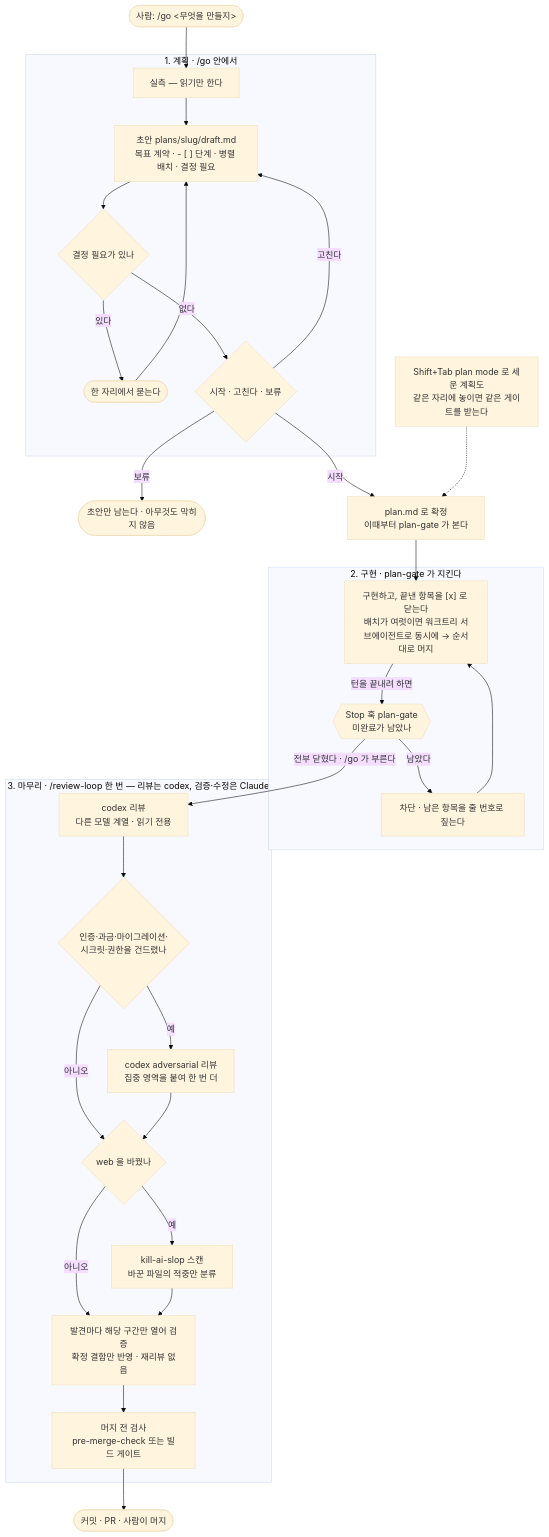
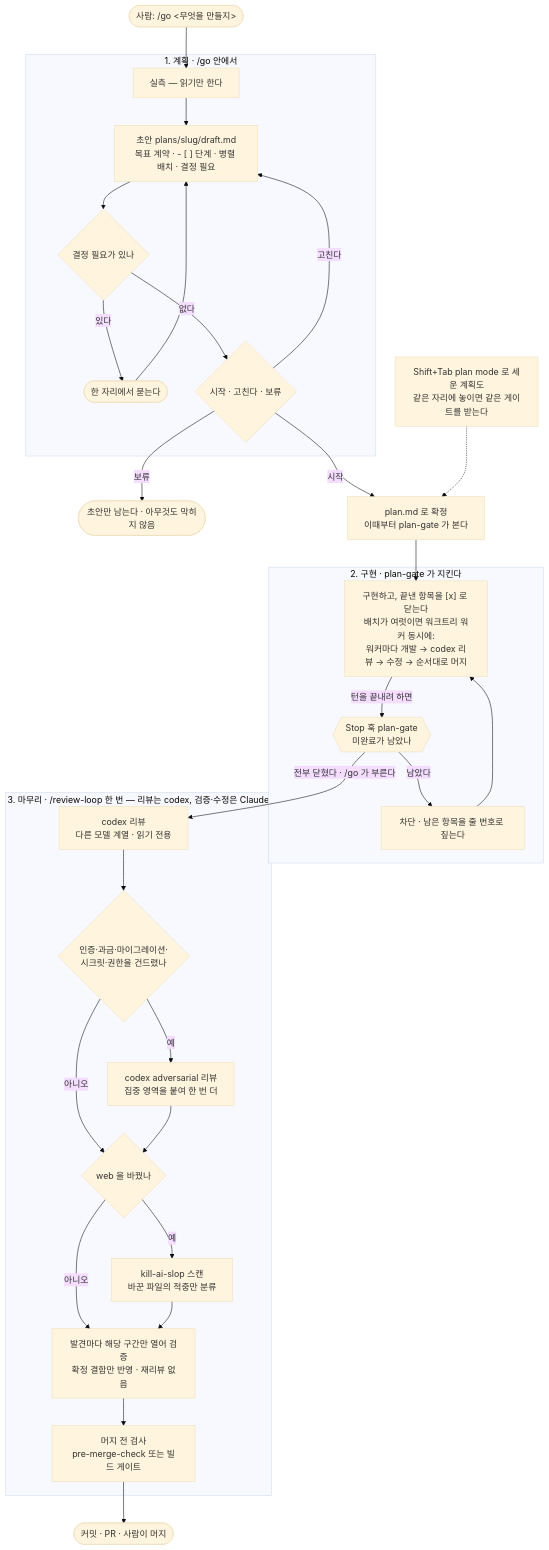
One commit to jwjinn/go-skill changed the first of 3 diagrams in README.md. Above: the diagram before and after it, drawn with Mermaid (base theme). The commit also changed other lines of this file and 1 other file, not shown here.

Commit message:
feat(go): 병렬 워커 안에서 「개발 → codex 리뷰 → 수정」을 한 번 돈다 — 합본 리뷰는 그대로 1회 (#6)
사용자(2026-10-11): 「그 병렬의 흐름속에서 코드 개발 -> codex 리뷰 -> 리뷰 수정 과정이 있으면 좋겠어서
하는 거였거든」. 직전 판은 워커가 구현만 하고 리뷰를 합본에서 한 번만 돌렸다 — 옛 fanout 의 모양(워커마다 1회 +
합본 1회)으로 되돌린다.

- 워커 프롬프트: 구현·검증·커밋 뒤 `Skill review-loop --no-pr --base <시작 커밋>` 을 자기 워크트리에서 돌리고
  (codex 리뷰 → 짚인 자리만 확인 → 수정 → 재커밋 · 재리뷰 없음), 보고에 codex 발견 수와 반영·보류를 적는다.
- 코디네이터: 머지 → 합본 게이트 → 합본 /review-loop 1회(배치 사이의 상호작용은 워커 리뷰가 못 본다).
  최종 보고 3절에 워커별 리뷰 결과를 한 줄씩.
- README 표·흐름도 갱신. E2E 는 PR 본문에.

````diff
--- a/README.md
+++ b/README.md
@@ -19,37 +19,37 @@
 ```mermaid
 flowchart TD
     U(["사람: /go <무엇을 만들지>"]) --> PM
 
     subgraph S1["1. 계획 · /go 안에서"]
         PM["실측 — 읽기만 한다"] --> PF["초안 plans/slug/draft.md<br/>목표 계약 · - [ ] 단계 · 병렬 배치 · 결정 필요"]
         PF --> DQ{"결정 필요가 있나"}
         DQ -->|"있다"| ASK(["한 자리에서 묻는다"]) --> PF
         DQ -->|"없다"| OK{"시작 · 고친다 · 보류"}
         OK -->|"고친다"| PF
     end
 
     OK -->|"보류"| HOLD(["초안만 남는다 · 아무것도 막히지 않음"])
     OK -->|"시작"| CONF["plan.md 로 확정<br/>이때부터 plan-gate 가 본다"] --> IM
     G["Shift+Tab plan mode 로 세운 계획도<br/>같은 자리에 놓이면 같은 게이트를 받는다"] -.-> CONF
 
     subgraph S2["2. 구현 · plan-gate 가 지킨다"]
-        IM["구현하고, 끝낸 항목을 [x] 로 닫는다<br/>배치가 여럿이면 워크트리 서브에이전트로 동시에 → 순서대로 머지"] -->|"턴을 끝내려 하면"| GT{{"Stop 훅 plan-gate<br/>미완료가 남았나"}}
+        IM["구현하고, 끝낸 항목을 [x] 로 닫는다<br/>배치가 여럿이면 워크트리 워커 동시에:<br/>워커마다 개발 → codex 리뷰 → 수정 → 순서대로 머지"] -->|"턴을 끝내려 하면"| GT{{"Stop 훅 plan-gate<br/>미완료가 남았나"}}
         GT -->|"남았다"| BL["차단 · 남은 항목을 줄 번호로 짚는다"]
         BL --> IM
     end
 
     GT -->|"전부 닫혔다 · /go 가 부른다"| CX
 
     subgraph S3["3. 마무리 · /review-loop 한 번 — 리뷰는 codex, 검증·수정은 Claude"]
         CX["codex 리뷰<br/>다른 모델 계열 · 읽기 전용"] --> SEN{"인증·과금·마이그레이션·<br/>시크릿·권한을 건드렸나"}
         SEN -->|"예"| ADV["codex adversarial 리뷰<br/>집중 영역을 붙여 한 번 더"]
         SEN -->|"아니오"| WB{"web 을 바꿨나"}
         ADV --> WB
         WB -->|"예"| SL["kill-ai-slop 스캔<br/>바꾼 파일의 적중만 분류"]
         WB -->|"아니오"| FX
         SL --> FX["발견마다 해당 구간만 열어 검증<br/>확정 결함만 반영 · 재리뷰 없음"]
         FX --> CK["머지 전 검사<br/>pre-merge-check 또는 빌드 게이트"]
     end
 
     CK --> PR(["커밋 · PR · 사람이 머지"])
 ```
````
